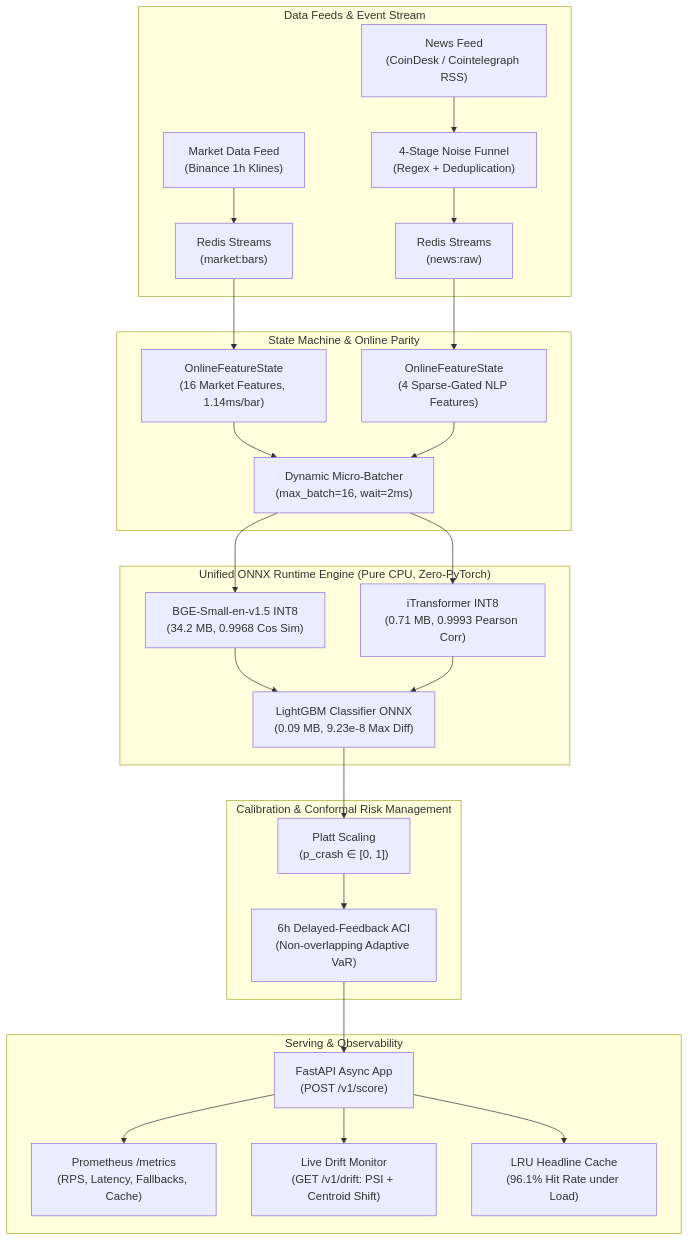
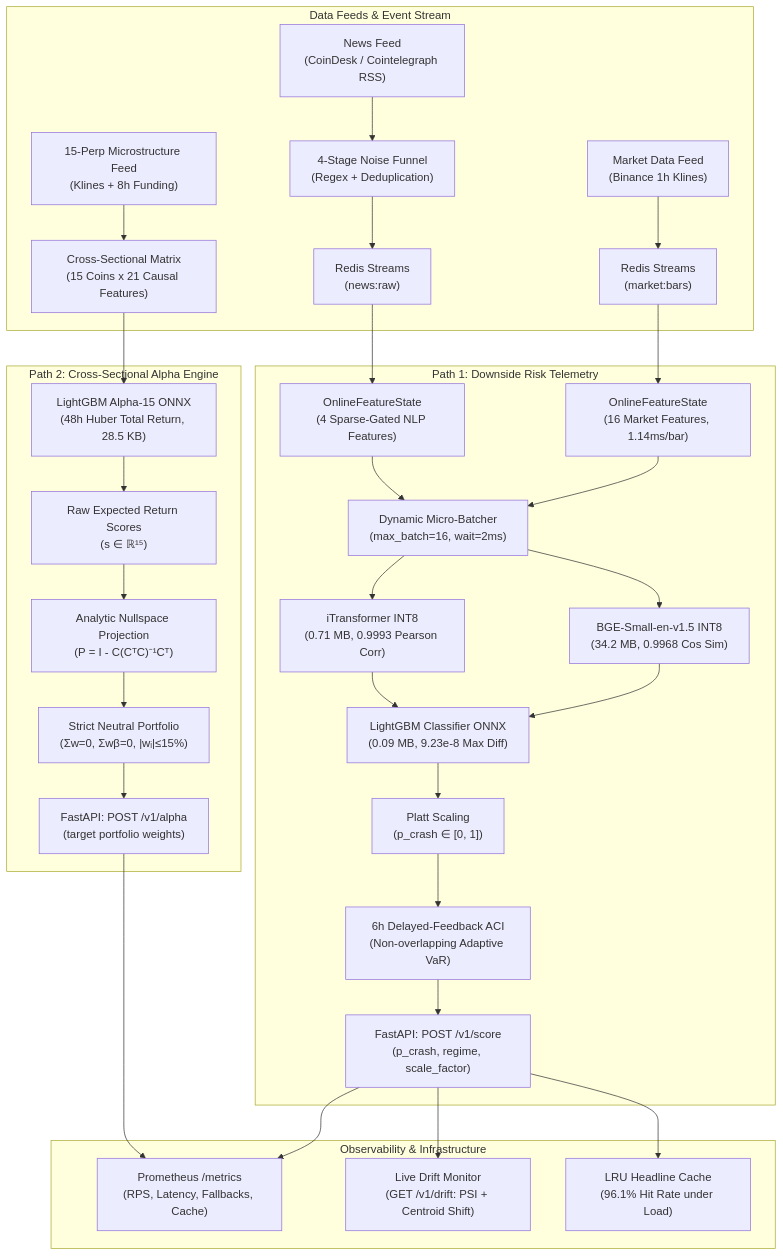
One commit to Jonathan0607/Ethereum-Volatility-Pipeline changed the diagram in apex_multimodal_risk/README.md. Above: the diagram before and after it, drawn with Mermaid. The commit also changed other lines of this file and 8 other files, not shown here.

Commit message:
feat(ml): promote EXP-008d alpha15 ONNX serving, consolidate ledger & update README

````diff
--- a/apex_multimodal_risk/README.md
+++ b/apex_multimodal_risk/README.md
@@ -18,32 +20,35 @@
 ```mermaid
 flowchart TD
     subgraph INGESTION ["Data Feeds & Event Stream"]
         A1["Market Data Feed<br/>(Binance 1h Klines)"] --> B["Redis Streams<br/>(market:bars)"]
         A2["News Feed<br/>(CoinDesk / Cointelegraph RSS)"] --> C["4-Stage Noise Funnel<br/>(Regex + Deduplication)"]
         C --> D["Redis Streams<br/>(news:raw)"]
+        A3["15-Perp Microstructure Feed<br/>(Klines + 8h Funding)"] --> U["Cross-Sectional Matrix<br/>(15 Coins x 21 Causal Features)"]
     end
 
-    subgraph ENGINE ["State Machine & Online Parity"]
+    subgraph PATH1 ["Path 1: Downside Risk Telemetry"]
         B --> E["OnlineFeatureState<br/>(16 Market Features, 1.14ms/bar)"]
         D --> F["OnlineFeatureState<br/>(4 Sparse-Gated NLP Features)"]
         E & F --> G["Dynamic Micro-Batcher<br/>(max_batch=16, wait=2ms)"]
-    end
-
-    subgraph INFERENCE ["Unified ONNX Runtime Engine (Pure CPU, Zero-PyTorch)"]
         G --> H1["BGE-Small-en-v1.5 INT8<br/>(34.2 MB, 0.9968 Cos Sim)"]
         G --> H2["iTransformer INT8<br/>(0.71 MB, 0.9993 Pearson Corr)"]
         H1 & H2 --> H3["LightGBM Classifier ONNX<br/>(0.09 MB, 9.23e-8 Max Diff)"]
+        H3 --> I["Platt Scaling<br/>(p_crash ∈ [0, 1])"]
+        I --> J["6h Delayed-Feedback ACI<br/>(Non-overlapping Adaptive VaR)"]
+        J --> K1["FastAPI: POST /v1/score<br/>(p_crash, regime, scale_factor)"]
     end
 
-    subgraph RISK ["Calibration & Conformal Risk Management"]
-        H3 --> I["Platt Scaling<br/>(p_crash ∈ [0, 1])"]
-        I --> J["6h Delayed-Feedback ACI<br/>(Non-overlapping Adaptive VaR)"]
+    subgraph PATH2 ["Path 2: Cross-Sectional Alpha Engine"]
+        U --> V1["LightGBM Alpha-15 ONNX<br/>(48h Huber Total Return, 28.5 KB)"]
+        V1 --> V2["Raw Expected Return Scores<br/>(s ∈ ℝ¹⁵)"]
+        V2 --> V3["Analytic Nullspace Projection<br/>(P = I - C(CᵀC)⁻¹Cᵀ)"]
+        V3 --> V4["Strict Neutral Portfolio<br/>(Σw=0, Σwβ=0, |wᵢ|≤15%)"]
+        V4 --> K2["FastAPI: POST /v1/alpha<br/>(target portfolio weights)"]
     end
 
-    subgraph SERVING ["Serving & Observability"]
-        J --> K["FastAPI Async App<br/>(POST /v1/score)"]
-        K --> L1["Prometheus /metrics<br/>(RPS, Latency, Fallbacks, Cache)"]
-        K --> L2["Live Drift Monitor<br/>(GET /v1/drift: PSI + Centroid Shift)"]
-        K --> L3["LRU Headline Cache<br/>(96.1% Hit Rate under Load)"]
+    subgraph OBSERVABILITY ["Observability & Infrastructure"]
+        K1 & K2 --> L1["Prometheus /metrics<br/>(RPS, Latency, Fallbacks, Cache)"]
+        K1 --> L2["Live Drift Monitor<br/>(GET /v1/drift: PSI + Centroid Shift)"]
+        K1 --> L3["LRU Headline Cache<br/>(96.1% Hit Rate under Load)"]
     end
 ```
````
